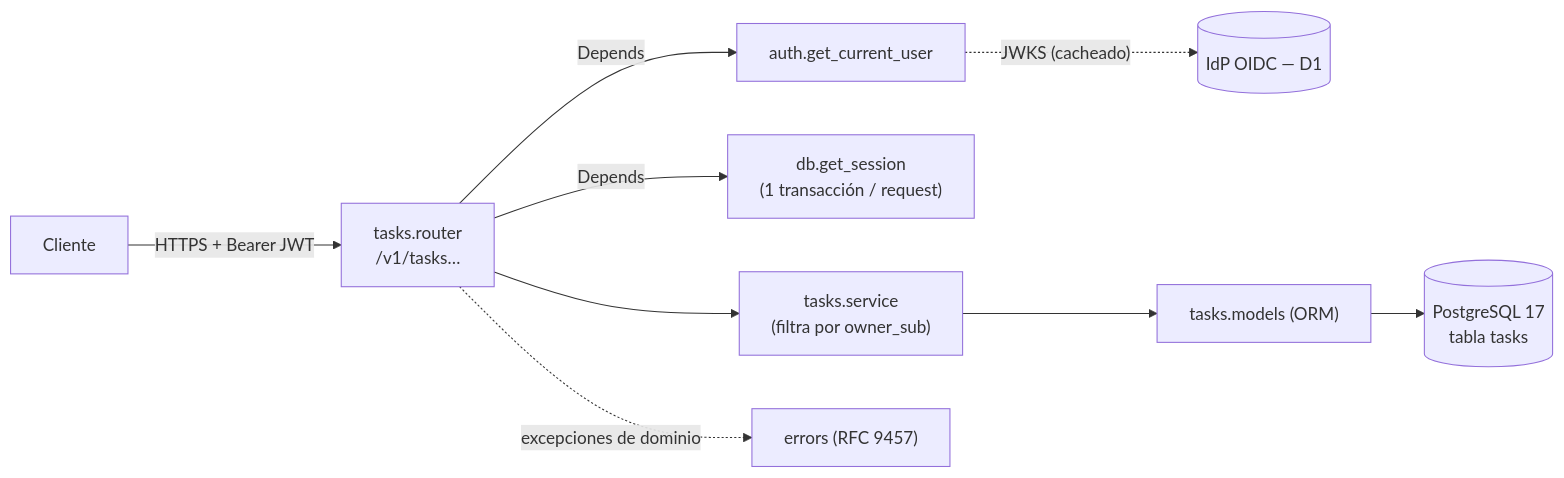
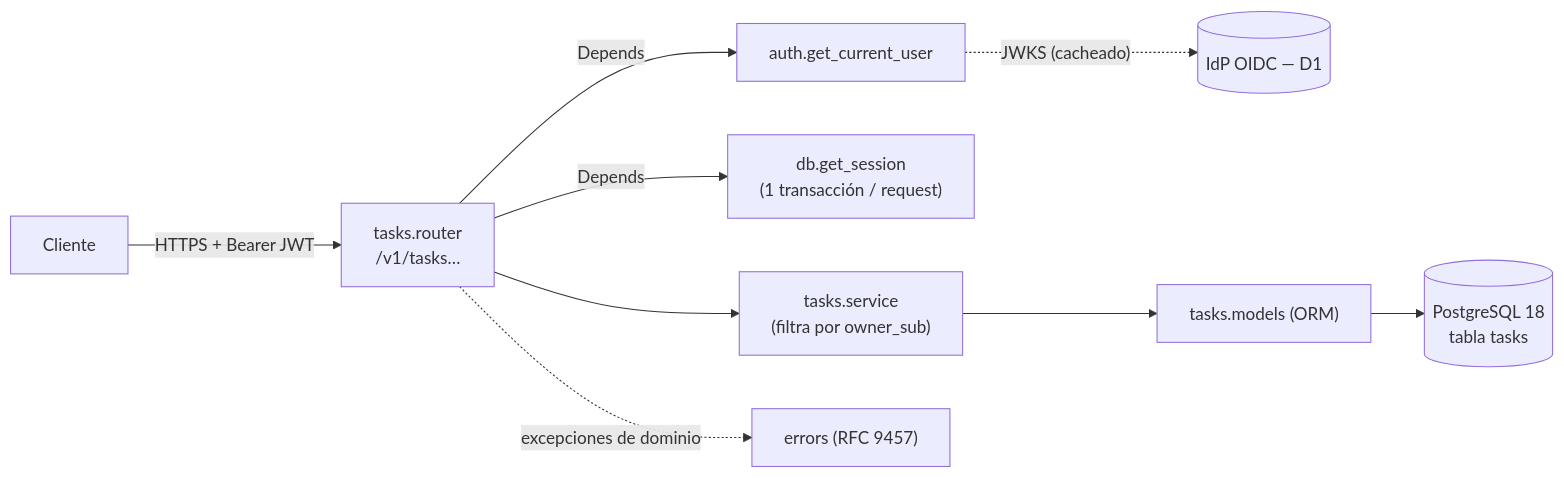
Before and after one commit to jngomez21/greenfield: the diagram in specs/gestion-tareas/design.md, drawn with Mermaid. The commit also changed other lines of this file and 10 other files, not shown here.

Commit message:
spec(greenfield): gestion-tareas - AMD-001 pruebas contra PostgreSQL 18 local, sin testcontainers [T1, T2]

````diff
--- a/specs/gestion-tareas/design.md
+++ b/specs/gestion-tareas/design.md
@@ -49,11 +49,11 @@
 ```mermaid
 flowchart LR
     C[Cliente] -- "HTTPS + Bearer JWT" --> R["tasks.router<br/>/v1/tasks…"]
     R -- Depends --> A["auth.get_current_user"]
     A -. "JWKS (cacheado)" .-> IDP[("IdP OIDC — D1")]
     R -- Depends --> S["db.get_session<br/>(1 transacción / request)"]
     R --> SV["tasks.service<br/>(filtra por owner_sub)"]
     SV --> M["tasks.models (ORM)"]
-    M --> PG[("PostgreSQL 17<br/>tabla tasks")]
+    M --> PG[("PostgreSQL 18<br/>tabla tasks")]
     R -. "excepciones de dominio" .-> E["errors (RFC 9457)"]
 ```
````
